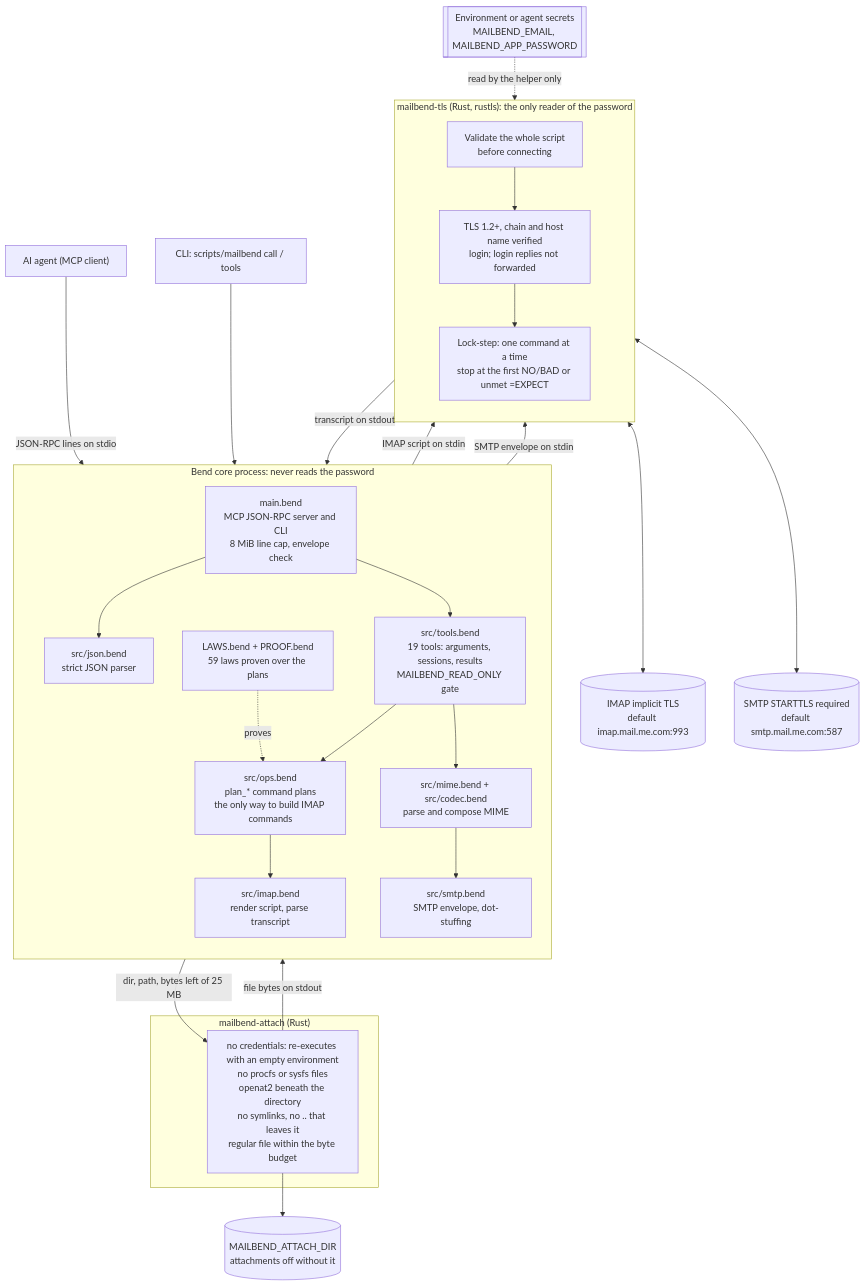
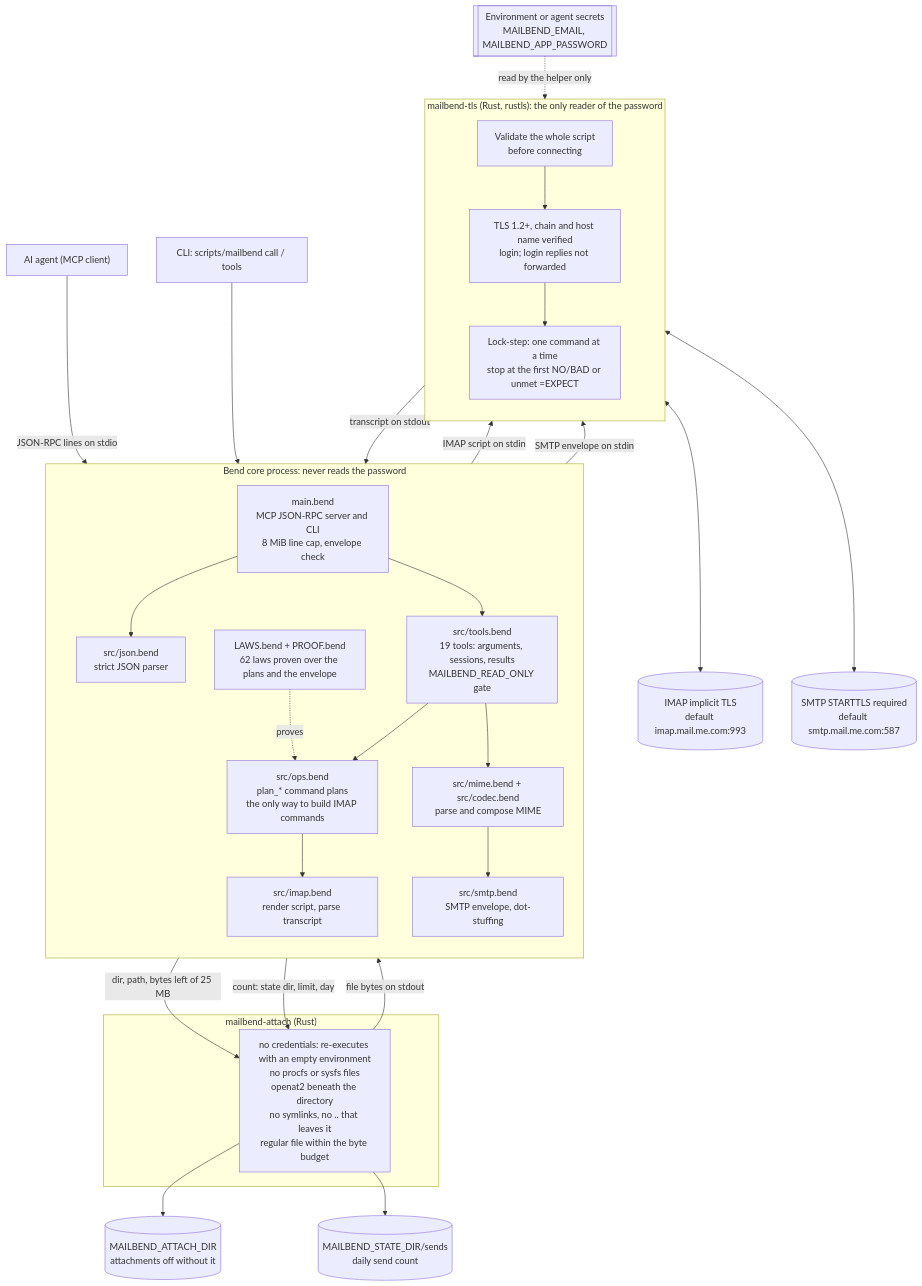
Before and after one commit to albertc71/MailBend: the first of 3 diagrams in docs/ARCHITECTURE.md, drawn with Mermaid. The commit also changed other lines of this file and 25 other files, not shown here.

First line of the commit message:
feat: add send safety: recipient allowlist, Sent copy and daily limit

````diff
--- a/docs/ARCHITECTURE.md
+++ b/docs/ARCHITECTURE.md
@@ -27,54 +27,57 @@
 ```mermaid
 flowchart TB
   agent["AI agent (MCP client)"]
   cli["CLI: scripts/mailbend call / tools"]
   env[["Environment or agent secrets<br/>MAILBEND_EMAIL, MAILBEND_APP_PASSWORD"]]
 
   subgraph core["Bend core process: never reads the password"]
     direction TB
     main["main.bend<br/>MCP JSON-RPC server and CLI<br/>8 MiB line cap, envelope check"]
     json["src/json.bend<br/>strict JSON parser"]
     tools["src/tools.bend<br/>19 tools: arguments, sessions, results<br/>MAILBEND_READ_ONLY gate"]
     ops["src/ops.bend<br/>plan_* command plans<br/>the only way to build IMAP commands"]
-    laws["LAWS.bend + PROOF.bend<br/>59 laws proven over the plans"]
+    laws["LAWS.bend + PROOF.bend<br/>62 laws proven over the plans and the envelope"]
     imap["src/imap.bend<br/>render script, parse transcript"]
     mime["src/mime.bend + src/codec.bend<br/>parse and compose MIME"]
     smtp["src/smtp.bend<br/>SMTP envelope, dot-stuffing"]
   end
 
   subgraph helper["mailbend-tls (Rust, rustls): the only reader of the password"]
     direction TB
     validate["Validate the whole script<br/>before connecting"]
     tls["TLS 1.2+, chain and host name verified<br/>login; login replies not forwarded"]
     lock["Lock-step: one command at a time<br/>stop at the first NO/BAD or unmet =EXPECT"]
   end
 
   subgraph reader["mailbend-attach (Rust)"]
     attach["no credentials: re-executes with an empty environment<br/>no procfs or sysfs files<br/>openat2 beneath the directory<br/>no symlinks, no .. that leaves it<br/>regular file within the byte budget"]
   end
 
   imapsrv[("IMAP implicit TLS<br/>default imap.mail.me.com:993")]
   smtpsrv[("SMTP STARTTLS required<br/>default smtp.mail.me.com:587")]
   files[("MAILBEND_ATTACH_DIR<br/>attachments off without it")]
+  sends[("MAILBEND_STATE_DIR/sends<br/>daily send count")]
 
   agent -- "JSON-RPC lines on stdio" --> main
   cli --> main
   main --> json
   main --> tools
   tools --> ops
   laws -. "proves" .-> ops
   ops --> imap
   tools --> mime
   mime --> smtp
   imap -- "IMAP script on stdin" --> validate
   smtp -- "SMTP envelope on stdin" --> validate
   validate --> tls
   tls --> lock
   lock <--> imapsrv
   lock <--> smtpsrv
   lock -- "transcript on stdout" --> imap
   tools -- "dir, path, bytes left of 25 MB" --> attach
   attach --> files
   attach -- "file bytes on stdout" --> tools
+  tools -- "count: state dir, limit, day" --> attach
+  attach --> sends
   env -. "read by the helper only" .-> tls
 ```
````
